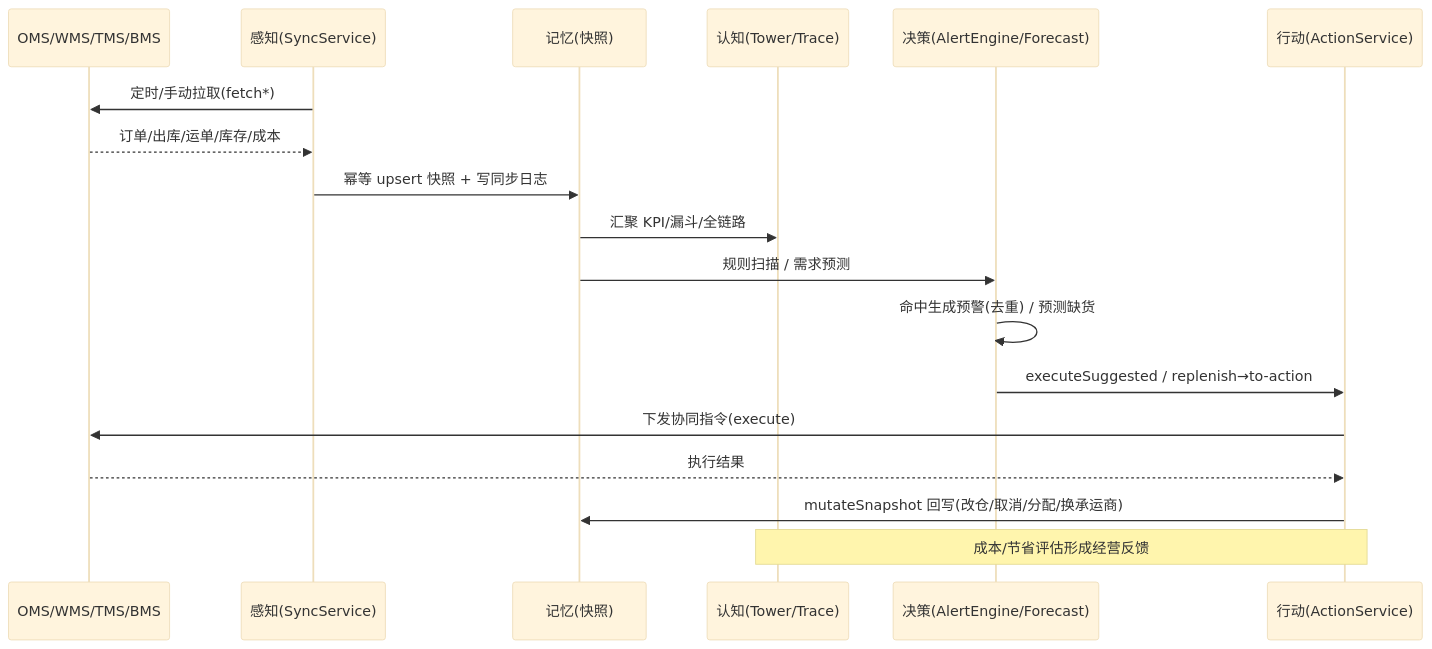
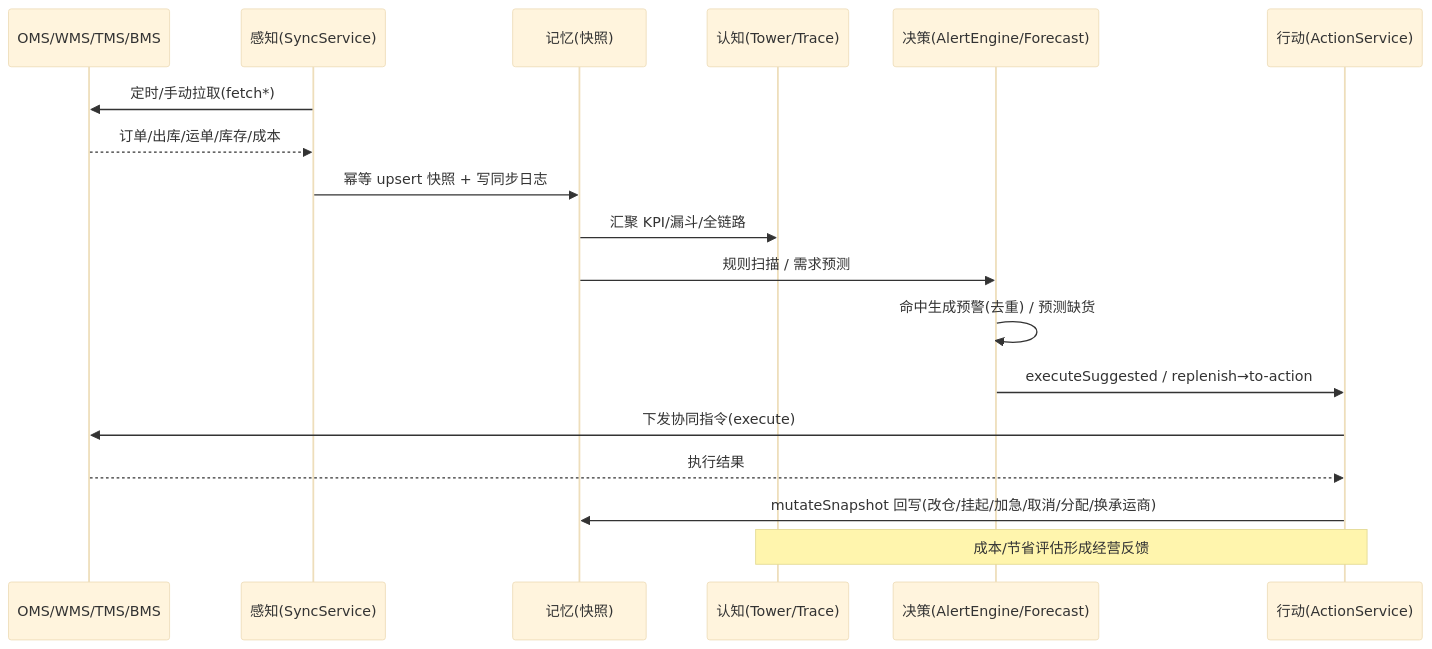
The third of 3 diagrams in docs/供应链大脑架构.md (mengzhihua/ir), drawn with Mermaid (base theme) before and after one commit. The commit also changed other lines of this file and 13 other files, not shown here.

````diff
--- a/docs/供应链大脑架构.md
+++ b/docs/供应链大脑架构.md
@@ -241,21 +241,21 @@
 ```mermaid
 sequenceDiagram
     participant EXT as OMS/WMS/TMS/BMS
     participant SYNC as 感知(SyncService)
     participant SNAP as 记忆(快照)
     participant COG as 认知(Tower/Trace)
     participant AL as 决策(AlertEngine/Forecast)
     participant ACT as 行动(ActionService)
 
     SYNC->>EXT: 定时/手动拉取(fetch*)
     EXT-->>SYNC: 订单/出库/运单/库存/成本
     SYNC->>SNAP: 幂等 upsert 快照 + 写同步日志
     SNAP->>COG: 汇聚 KPI/漏斗/全链路
     SNAP->>AL: 规则扫描 / 需求预测
     AL->>AL: 命中生成预警(去重) / 预测缺货
     AL->>ACT: executeSuggested / replenish→to-action
     ACT->>EXT: 下发协同指令(execute)
     EXT-->>ACT: 执行结果
-    ACT->>SNAP: mutateSnapshot 回写(改仓/取消/分配/换承运商)
+    ACT->>SNAP: mutateSnapshot 回写(改仓/挂起/加急/取消/分配/换承运商)
     Note over COG,ACT: 成本/节省评估形成经营反馈
 ```
````
